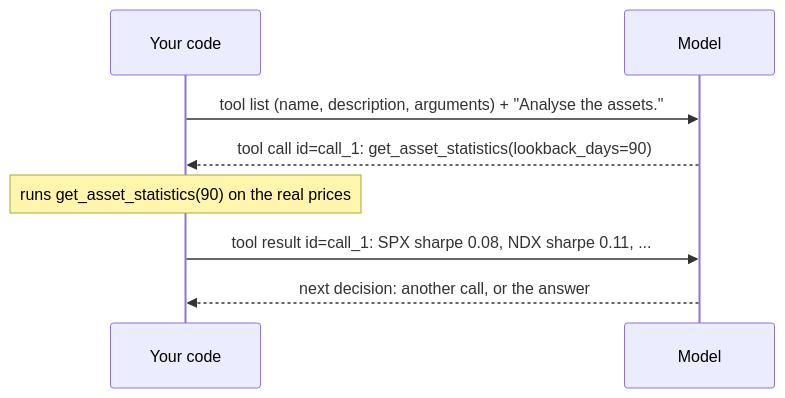
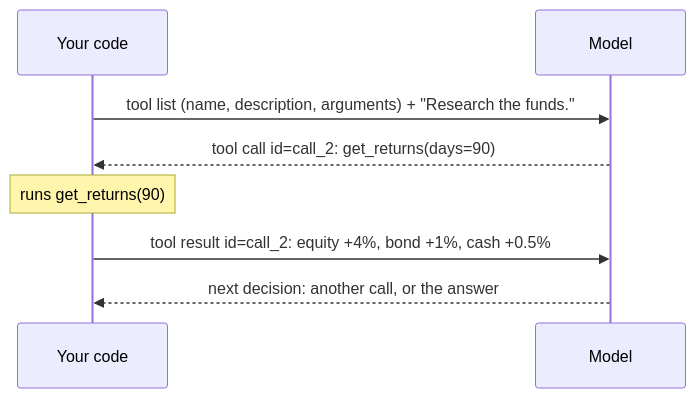
Before and after one commit to jacopomanenti01/hackathon-notes: the diagram in content/What is a tool.md, drawn with Mermaid. The commit also changed other lines of this file and 18 other files, not shown here.

````diff
--- a/content/What is a tool.md
+++ b/content/What is a tool.md
@@ -17,10 +19,10 @@
 ```mermaid
 sequenceDiagram
     participant C as Your code
     participant M as Model
-    C->>M: tool list (name, description, arguments) + "Analyse the assets."
-    M-->>C: tool call id=call_1: get_asset_statistics(lookback_days=90)
-    Note over C: runs get_asset_statistics(90) on the real prices
-    C->>M: tool result id=call_1: SPX sharpe 0.08, NDX sharpe 0.11, ...
+    C->>M: tool list (name, description, arguments) + "Research the funds."
+    M-->>C: tool call id=call_2: get_returns(days=90)
+    Note over C: runs get_returns(90)
+    C->>M: tool result id=call_2: equity +4%, bond +1%, cash +0.5%
     M-->>C: next decision: another call, or the answer
 ```
````
